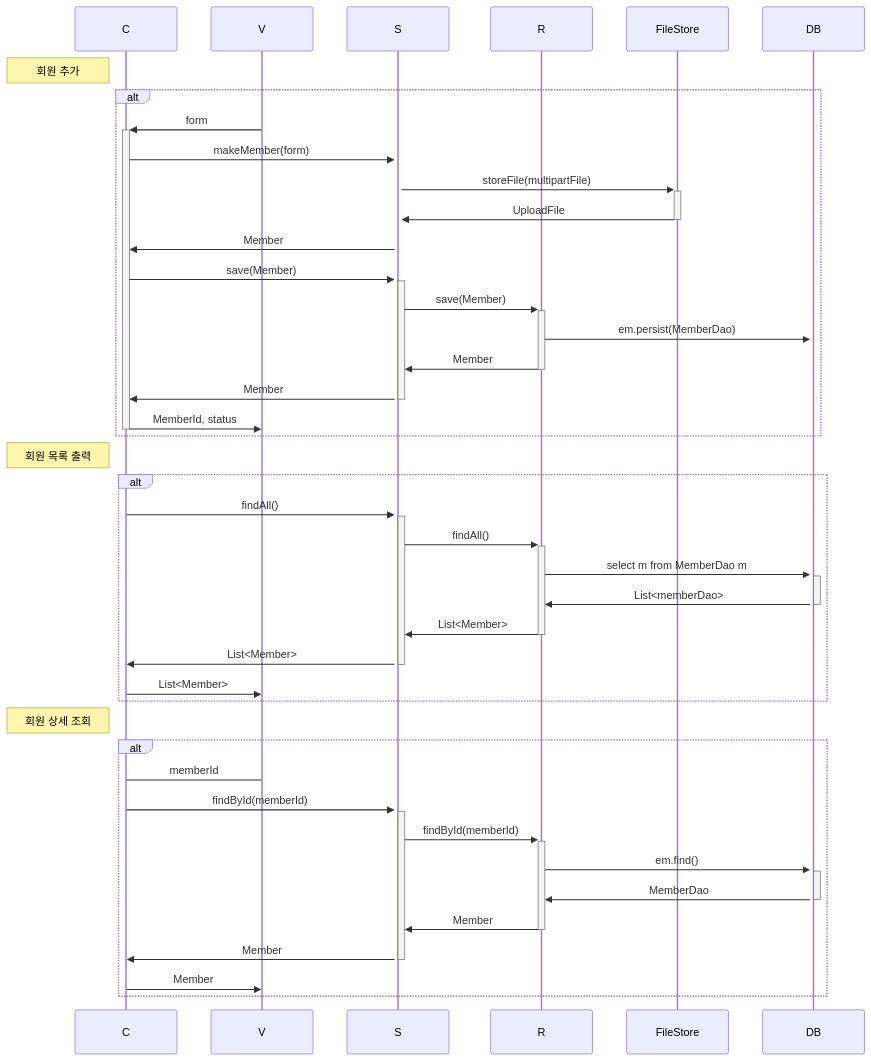
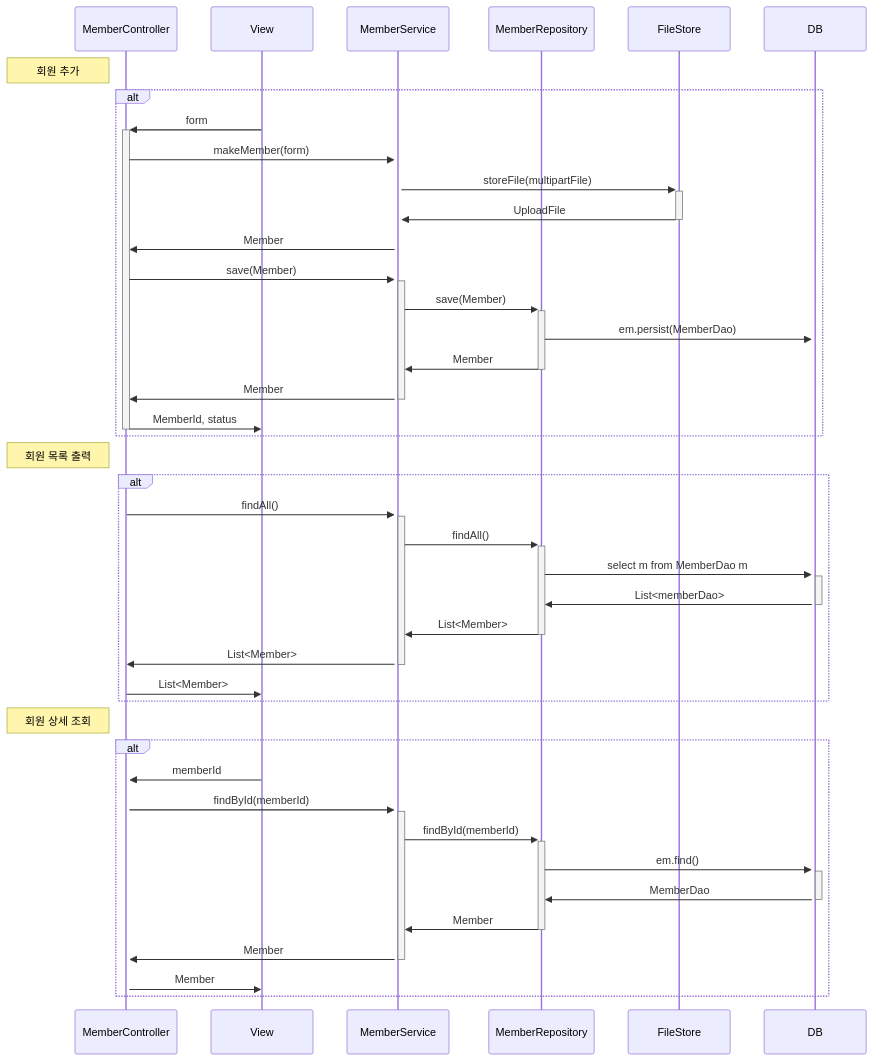
Before and after one commit to zittoooo/Page: the first of 3 diagrams in seq.md, drawn with Mermaid. The commit also changed other lines of this file, not shown here.

Commit message:
시퀀스 다이어그램 aliases, 회원삭제 추가

````diff
--- a/seq.md
+++ b/seq.md
@@ -2,53 +1,53 @@
 ```mermaid
 sequenceDiagram
-    participant MemberController as C
-    participant View as V
-    participant MemberService as S 
-    participant MemberRepository as R 
+    participant C as MemberController
+    participant V as View
+    participant S as MemberService 
+    participant R as MemberRepository 
 
 
-    Note left of MemberController: 회원 추가
+    Note left of C: 회원 추가
     alt
-    View->>+MemberController:form
-    MemberController->>+MemberService:makeMember(form)
-    MemberService->>+FileStore:storeFile(multipartFile)
-    FileStore->>-MemberService: UploadFile
-    MemberService->>MemberController:Member
-    MemberController->>+MemberService:save(Member)
-    MemberService->>+MemberRepository:save(Member)
-    MemberRepository->>+DB:em.persist(MemberDao)
-    MemberRepository->>-MemberService:Member
-    MemberService->>-MemberController:Member
-    MemberController->>-View:MemberId, status
+    V->>+C:form
+    C->>+S:makeMember(form)
+    S->>+FileStore:storeFile(multipartFile)
+    FileStore->>-S: UploadFile
+    S->>C:Member
+    C->>+S:save(Member)
+    S->>+R:save(Member)
+    R->>+DB:em.persist(MemberDao)
+    R->>-S:Member
+    S->>-C:Member
+    C->>-V:MemberId, status
     end
 
 
-    Note left of MemberController: 회원 목록 출력
+    Note left of C: 회원 목록 출력
     alt
-    MemberController->>+MemberService: findAll()
-    MemberService->>+MemberRepository:findAll();
-    MemberRepository->>+DB: select m from MemberDao m
-    DB->>-MemberRepository: List<memberDao>
-    MemberRepository->>-MemberService: List<Member>
-    MemberService->>-MemberController: List<Member>
-    MemberController->>View:List<Member>
+    C->>+S: findAll()
+    S->>+R:findAll();
+    R->>+DB: select m from MemberDao m
+    DB->>-R: List<memberDao>
+    R->>-S: List<Member>
+    S->>-C: List<Member>
+    C->>V:List<Member>
     end
 
 
-    Note left of MemberController: 회원 상세 조회
+    Note left of C: 회원 상세 조회
     alt
-    View->MemberController:memberId
-    MemberController->>+MemberService:findById(memberId)
-    MemberService->>+MemberRepository:findById(memberId)
-    MemberRepository->>+DB:em.find()    
-    DB->>-MemberRepository:MemberDao
-    MemberRepository->>-MemberService:Member
-    MemberService->>-MemberController: Member
-    MemberController->>View:Member
+    V->>+C:memberId
+    C->>+S:findById(memberId)
+    S->>+R:findById(memberId)
+    R->>+DB:em.find()    
+    DB->>-R:MemberDao
+    R->>-S:Member
+    S->>-C: Member
+    C->>V:Member
     end
 
 
 
 
 
 ```
````
